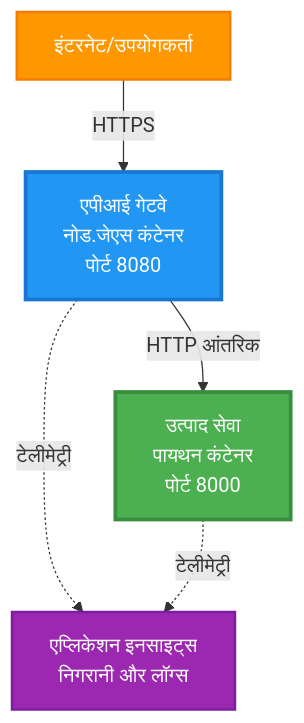
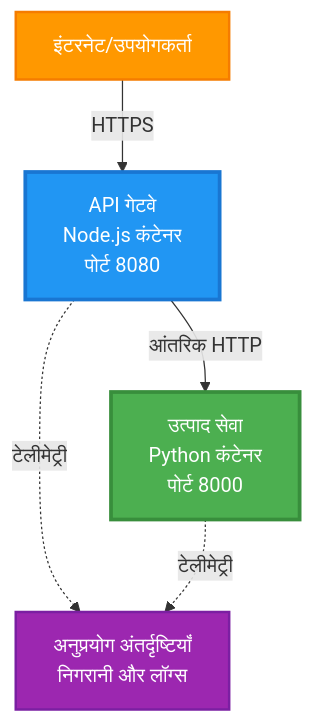
The first of 4 diagrams in translations/hi/examples/microservices/README.md (microsoft/AZD-for-beginners), drawn with Mermaid before and after one commit. The commit also changed other lines of this file and 242 other files, not shown here.

````diff
--- a/translations/hi/examples/microservices/README.md
+++ b/translations/hi/examples/microservices/README.md
@@ -40,17 +31,17 @@
 ```mermaid
 graph TB
     Internet[इंटरनेट/उपयोगकर्ता]
-    Gateway[एपीआई गेटवे<br/>नोड.जेएस कंटेनर<br/>पोर्ट 8080]
-    Product[उत्पाद सेवा<br/>पायथन कंटेनर<br/>पोर्ट 8000]
-    AppInsights[एप्लिकेशन इनसाइट्स<br/>निगरानी और लॉग्स]
+    Gateway[API गेटवे<br/>Node.js कंटेनर<br/>पोर्ट 8080]
+    Product[उत्पाद सेवा<br/>Python कंटेनर<br/>पोर्ट 8000]
+    AppInsights[अनुप्रयोग अंतर्दृष्टियाँ<br/>निगरानी और लॉग्स]
     
     Internet -->|HTTPS| Gateway
-    Gateway -->|HTTP आंतरिक| Product
+    Gateway -->|आंतरिक HTTP| Product
     Gateway -.->|टेलीमेट्री| AppInsights
     Product -.->|टेलीमेट्री| AppInsights
     
     style Gateway fill:#2196F3,stroke:#1976D2,stroke-width:3px,color:#fff
     style Product fill:#4CAF50,stroke:#388E3C,stroke-width:3px,color:#fff
     style Internet fill:#FF9800,stroke:#F57C00,stroke-width:2px,color:#fff
     style AppInsights fill:#9C27B0,stroke:#7B1FA2,stroke-width:2px,color:#fff
 ```
````
